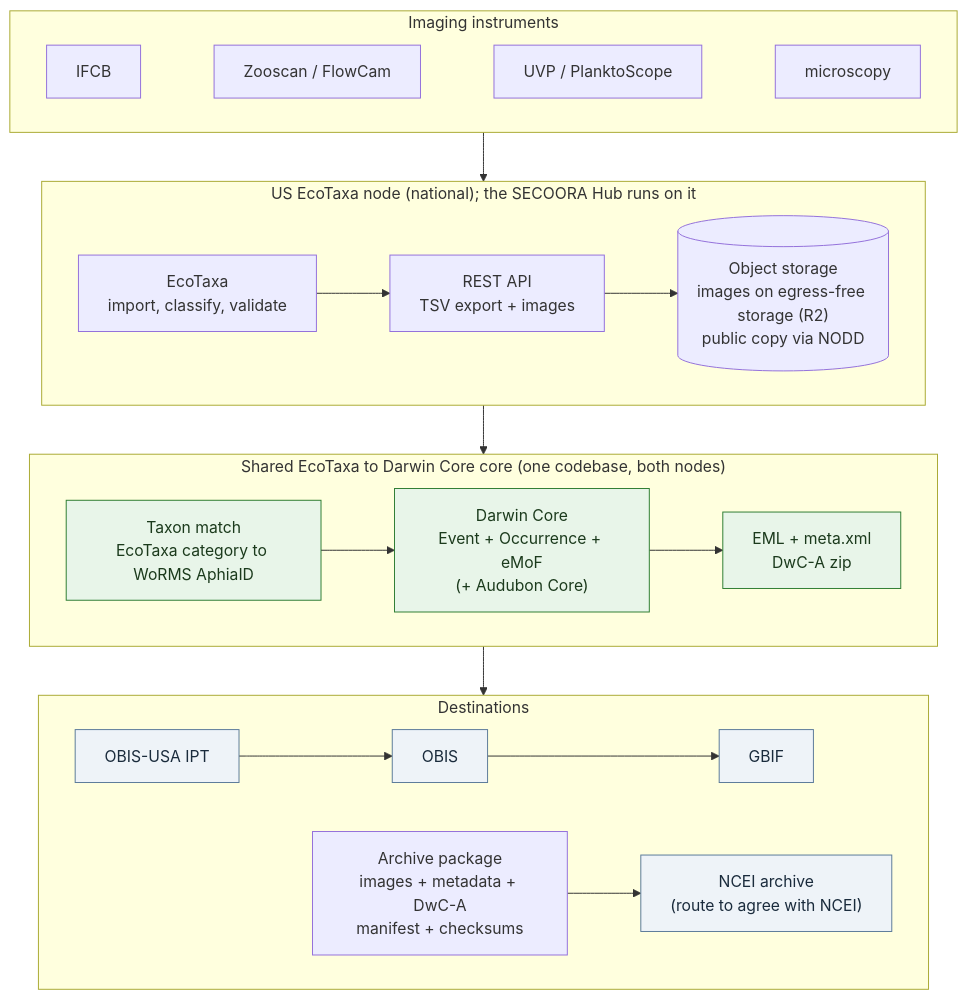
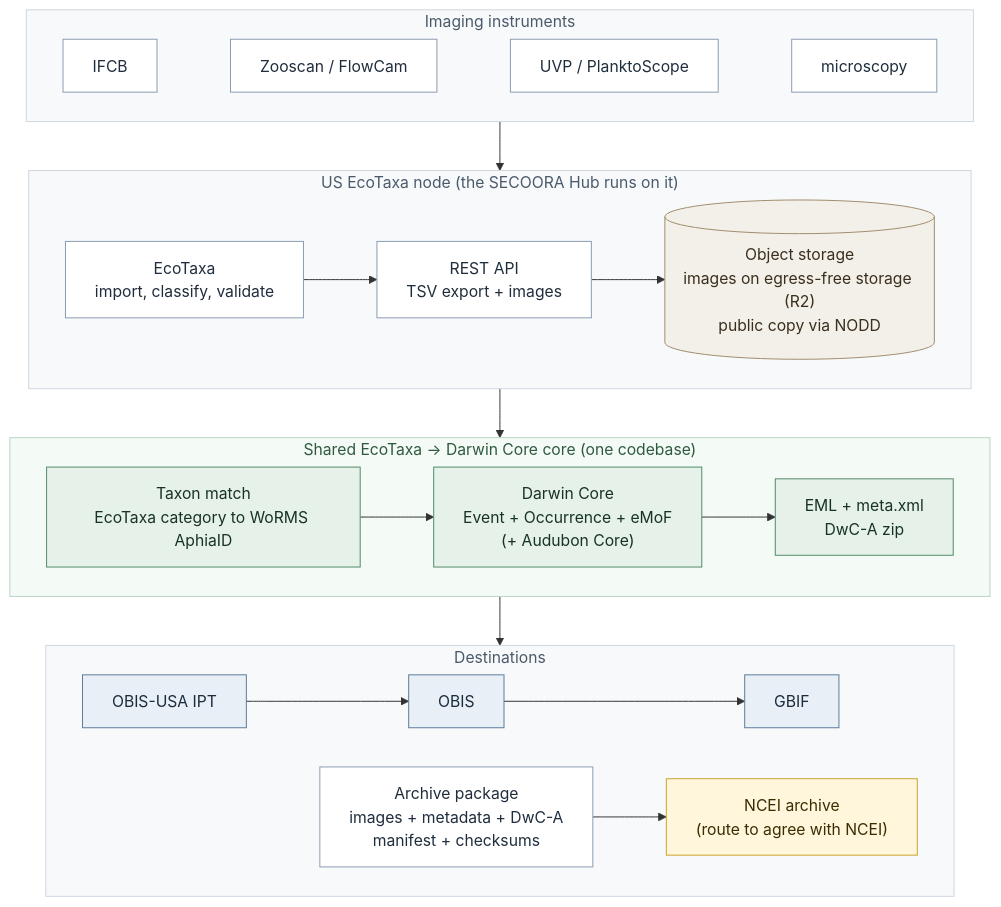
One commit to oceanmetrics/ecotaxa-demo changed the diagram in diagrams/end_to_end.mmd. Above: the diagram before and after it, drawn with Mermaid. The commit also changed 11 other files, not shown here.

First line of the commit message:
diagrams: calm palette, line breaks that render in the browser, zoomable viewer from calcofi4r 1.31.0

```diff
--- a/diagrams/end_to_end.mmd
+++ b/diagrams/end_to_end.mmd
@@ -1,23 +1,29 @@
+%%{init: {"flowchart": {"wrappingWidth": 260, "nodeSpacing": 40, "rankSpacing": 50}}}%%
 flowchart TB
   subgraph inst["Imaging instruments"]
     direction LR
-    I1["IFCB"] ~~~ I2["Zooscan / FlowCam"] ~~~ I3["UVP / PlanktoScope"] ~~~ I4["microscopy"]
+    I1["IFCB"]:::node ~~~ I2["Zooscan / FlowCam"]:::node ~~~ I3["UVP / PlanktoScope"]:::node ~~~ I4["microscopy"]:::node
   end
-  subgraph node["US EcoTaxa node (national); the SECOORA Hub runs on it"]
+  subgraph node["US EcoTaxa node (the SECOORA Hub runs on it)"]
     direction LR
-    ET["EcoTaxa\nimport, classify, validate"] --> API["REST API\nTSV export + images"] --> OBJ[("Object storage\nimages on egress-free storage (R2)\npublic copy via NODD")]
+    ET["EcoTaxa<br/>import, classify, validate"]:::node --> API["REST API<br/>TSV export + images"]:::node --> OBJ[("Object storage<br/>images on egress-free storage (R2)<br/>public copy via NODD")]:::store
   end
-  subgraph core["Shared EcoTaxa to Darwin Core core (one codebase, both nodes)"]
+  subgraph core["Shared EcoTaxa → Darwin Core core (one codebase)"]
     direction LR
-    TX["Taxon match\nEcoTaxa category to WoRMS AphiaID"] --> DWC["Darwin Core\nEvent + Occurrence + eMoF\n(+ Audubon Core)"] --> EML["EML + meta.xml\nDwC-A zip"]
+    TX["Taxon match<br/>EcoTaxa category to WoRMS AphiaID"]:::core --> DWC["Darwin Core<br/>Event + Occurrence + eMoF<br/>(+ Audubon Core)"]:::core --> EML["EML + meta.xml<br/>DwC-A zip"]:::core
   end
   subgraph out["Destinations"]
     direction LR
-    IPT["OBIS-USA IPT"] --> OBIS["OBIS"] --> GBIF["GBIF"]
-    PKG["Archive package\nimages + metadata + DwC-A\nmanifest + checksums"] --> NCEI["NCEI archive\n(route to agree with NCEI)"]
+    IPT["OBIS-USA IPT"]:::ext --> OBIS["OBIS"]:::ext --> GBIF["GBIF"]:::ext
+    PKG["Archive package<br/>images + metadata + DwC-A<br/>manifest + checksums"]:::node --> NCEI["NCEI archive<br/>(route to agree with NCEI)"]:::propose
   end
   inst --> node --> core --> out
-  classDef ext fill:#eef3f8,stroke:#5b7a99,color:#1a2b3c;
-  classDef core fill:#e8f5e9,stroke:#2e7d32,color:#1b3a1c;
-  class IPT,OBIS,GBIF,NCEI ext;
-  class TX,DWC,EML core;
+  classDef node     fill:#ffffff,stroke:#8a9bb0,color:#1f2d3d
+  classDef core     fill:#e6f1ea,stroke:#4f8a66,color:#173322
+  classDef ext      fill:#e8eff7,stroke:#5b7a99,color:#1a2b3c
+  classDef store    fill:#f3f0ea,stroke:#a08c6a,color:#3a2e1c
+  classDef propose  fill:#fff6dc,stroke:#c9a227,color:#3a2e00
+  style inst fill:#f7f9fb,stroke:#cfd6de,color:#4a5a6a
+  style node fill:#f7f9fb,stroke:#cfd6de,color:#4a5a6a
+  style core fill:#f4faf6,stroke:#b9d6c3,color:#2f5a3f
+  style out  fill:#f7f9fb,stroke:#cfd6de,color:#4a5a6a
```
